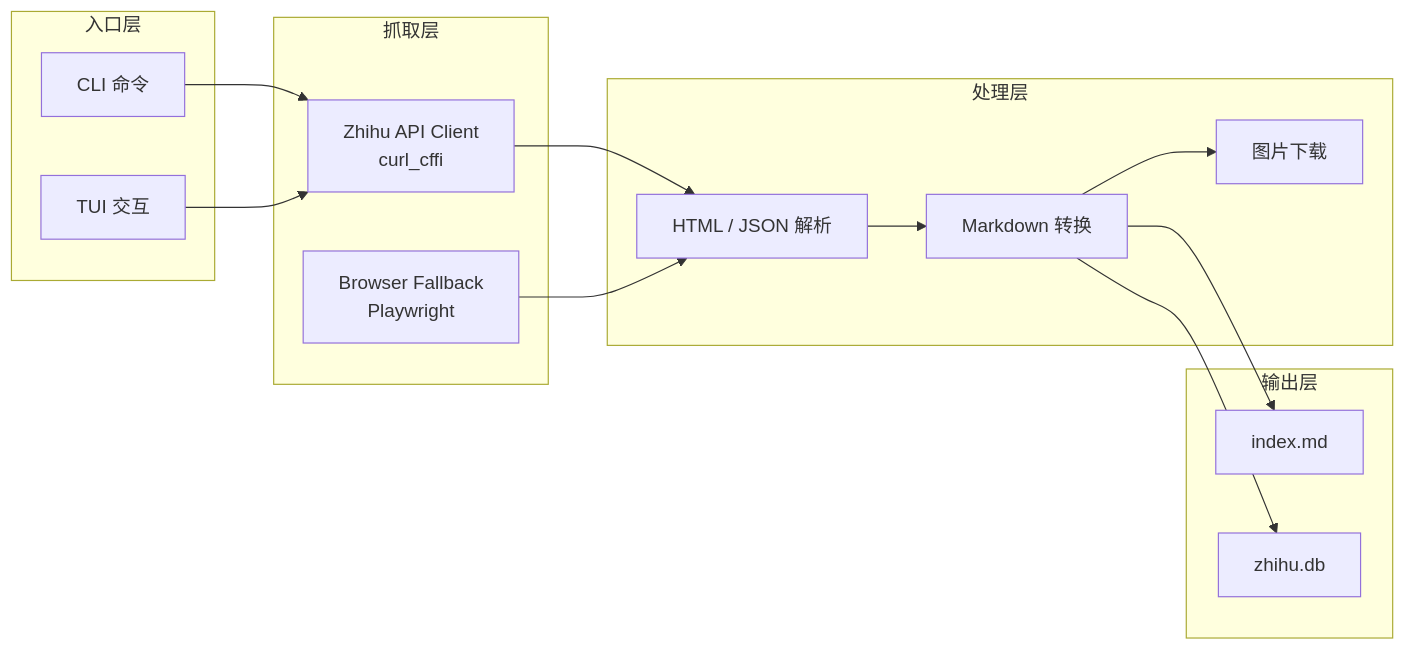
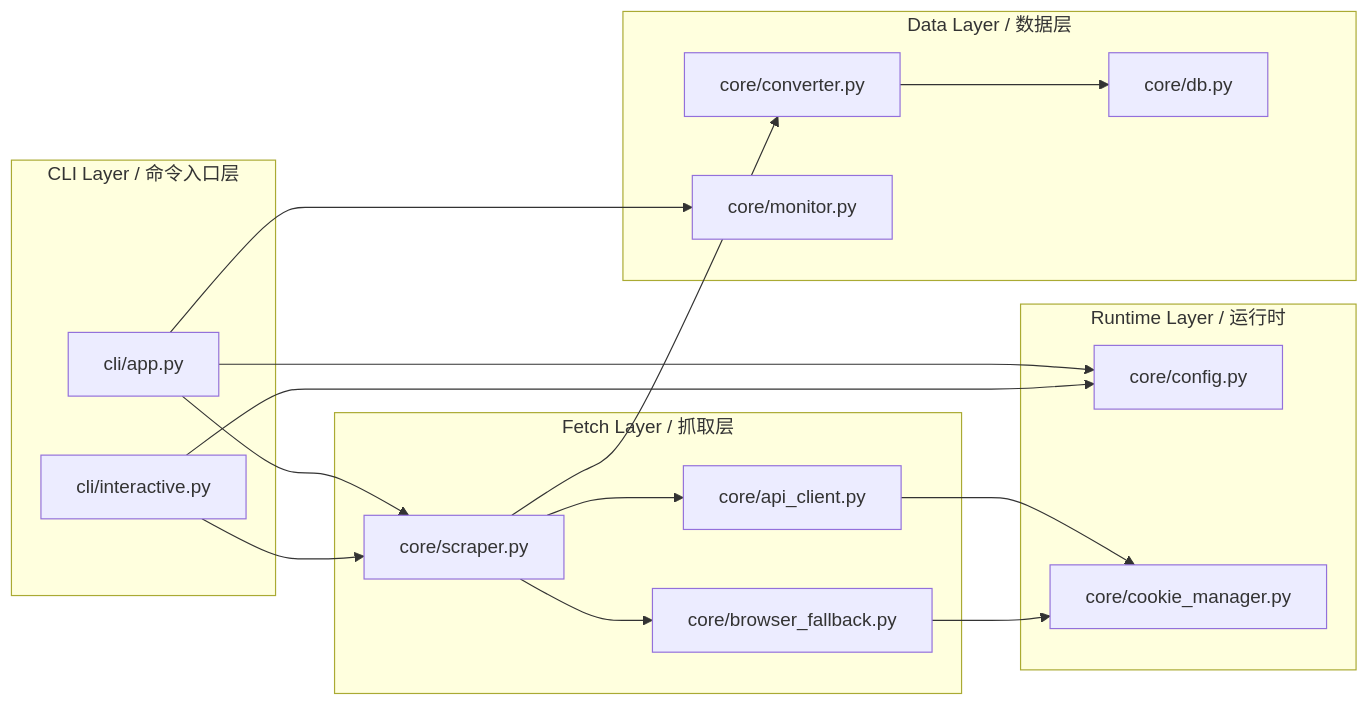
The diagram in README.md (Smartloe/zhihu-scraper), drawn with Mermaid before and after one commit. The commit also changed other lines of this file, not shown here.

````diff
--- a/README.md
+++ b/README.md
@@ -158,32 +292,36 @@
 ```mermaid
 flowchart LR
-    subgraph I["入口层"]
-        A["CLI 命令"]
-        B["TUI 交互"]
+    subgraph A["CLI Layer / 命令入口层"]
+        A1["cli/app.py"]
+        A2["cli/interactive.py"]
     end
 
-    subgraph S["抓取层"]
-        C["Zhihu API Client<br/>curl_cffi"]
-        D["Browser Fallback<br/>Playwright"]
+    subgraph B["Fetch Layer / 抓取层"]
+        B1["core/scraper.py"]
+        B2["core/api_client.py"]
+        B3["core/browser_fallback.py"]
     end
 
-    subgraph P["处理层"]
-        E["HTML / JSON 解析"]
-        F["Markdown 转换"]
-        G["图片下载"]
+    subgraph C["Data Layer / 数据层"]
+        C1["core/converter.py"]
+        C2["core/db.py"]
+        C3["core/monitor.py"]
     end
 
-    subgraph O["输出层"]
-        H["index.md"]
-        J["zhihu.db"]
+    subgraph D["Runtime Layer / 运行时"]
+        D1["core/config.py"]
+        D2["core/cookie_manager.py"]
     end
 
-    A --> C
-    B --> C
-    C --> E
-    D --> E
-    E --> F
-    F --> G
-    F --> H
-    F --> J
+    A1 --> B1
+    A2 --> B1
+    B1 --> B2
+    B1 --> B3
+    B1 --> C1
+    C1 --> C2
+    A1 --> C3
+    B2 --> D2
+    B3 --> D2
+    A1 --> D1
+    A2 --> D1
 ```
````
